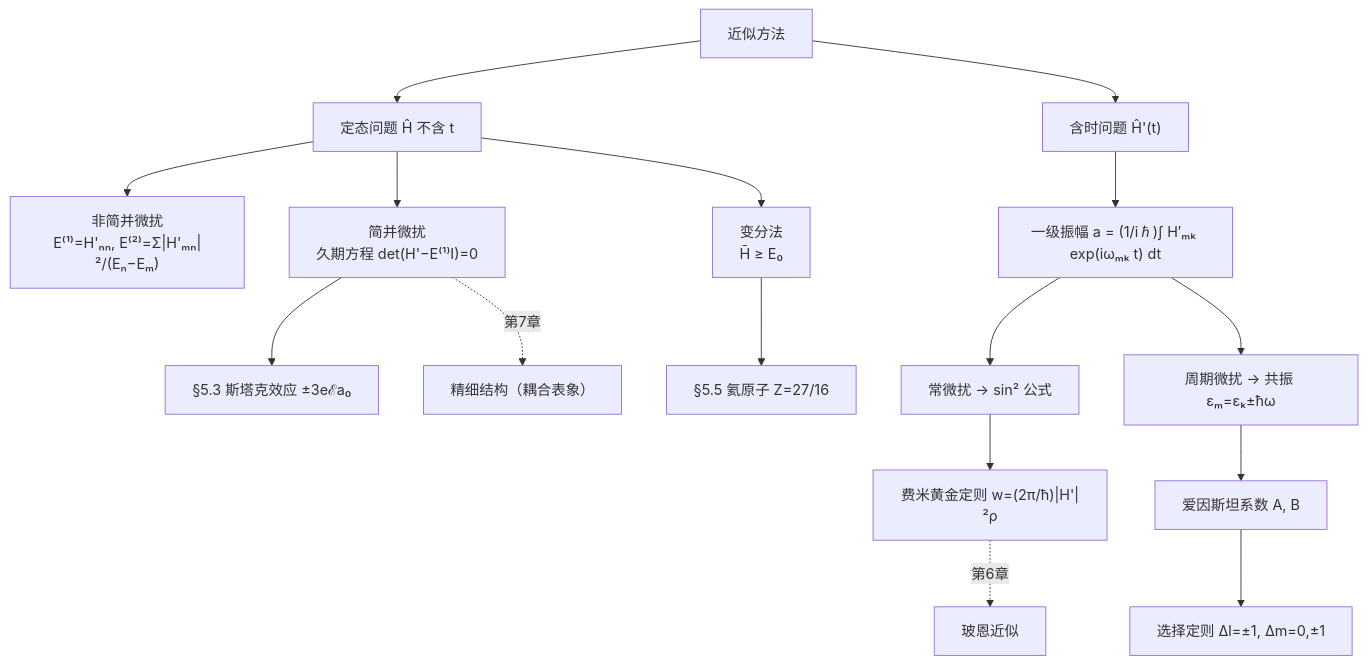
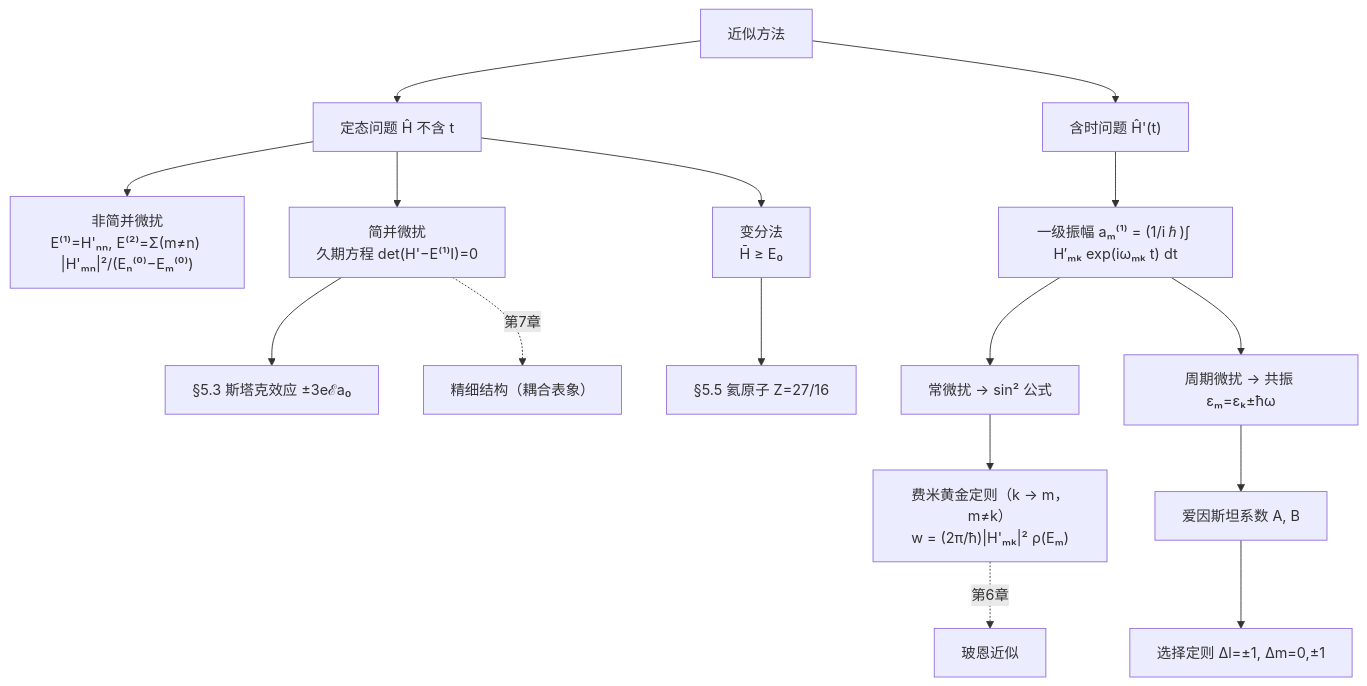
One commit to cockroach-f/quantum-mechanics changed the diagram in docs/ch5.md. Above: the diagram before and after it, drawn with Mermaid. The commit also changed 5 other files, not shown here.

Commit message:
勘误：全同粒子散射截面（ch6 补充练习 2、例题 8.7）、氢分子公式、归纳图记号与边标签

````diff
--- a/docs/ch5.md
+++ b/docs/ch5.md
@@ -667,18 +667,18 @@
     ```mermaid
     flowchart TD
         A["近似方法"] --> S["定态问题 Ĥ 不含 t"]
         A --> T["含时问题 Ĥ'(t)"]
-        S --> ND["非简并微扰<br/>E⁽¹⁾=H'ₙₙ, E⁽²⁾=Σ|H'ₘₙ|²/(Eₙ−Eₘ)"]
+        S --> ND["非简并微扰<br/>E⁽¹⁾=H'ₙₙ, E⁽²⁾=Σ(m≠n) |H'ₘₙ|²/(Eₙ⁽⁰⁾−Eₘ⁽⁰⁾)"]
         S --> DG["简并微扰<br/>久期方程 det(H'−E⁽¹⁾I)=0"]
         S --> VAR["变分法<br/>H̄ ≥ E₀"]
         DG --> STARK["§5.3 斯塔克效应 ±3eℰa₀"]
-        DG -.第7章.-> FS["精细结构（耦合表象）"]
+        DG -.->|"第7章"| FS["精细结构（耦合表象）"]
         VAR --> HE["§5.5 氦原子 Z=27/16"]
-        T --> AMP["一级振幅 a = (1/iℏ)∫ H′ₘₖ exp(iωₘₖ t) dt"]
+        T --> AMP["一级振幅 aₘ⁽¹⁾ = (1/iℏ)∫ H′ₘₖ exp(iωₘₖ t) dt"]
         AMP --> CONST["常微扰 → sin² 公式"]
-        CONST --> FGR["费米黄金定则 w=(2π/ħ)|H'|²ρ"]
+        CONST --> FGR["费米黄金定则（k → m，m≠k）<br/>w = (2π/ħ)|H'ₘₖ|² ρ(Eₘ)"]
         AMP --> PER["周期微扰 → 共振 εₘ=εₖ±ħω"]
         PER --> EIN["爱因斯坦系数 A, B"]
         EIN --> SEL["选择定则 Δl=±1, Δm=0,±1"]
-        FGR -.第6章.-> BORN["玻恩近似"]
+        FGR -.->|"第6章"| BORN["玻恩近似"]
     ```
````
